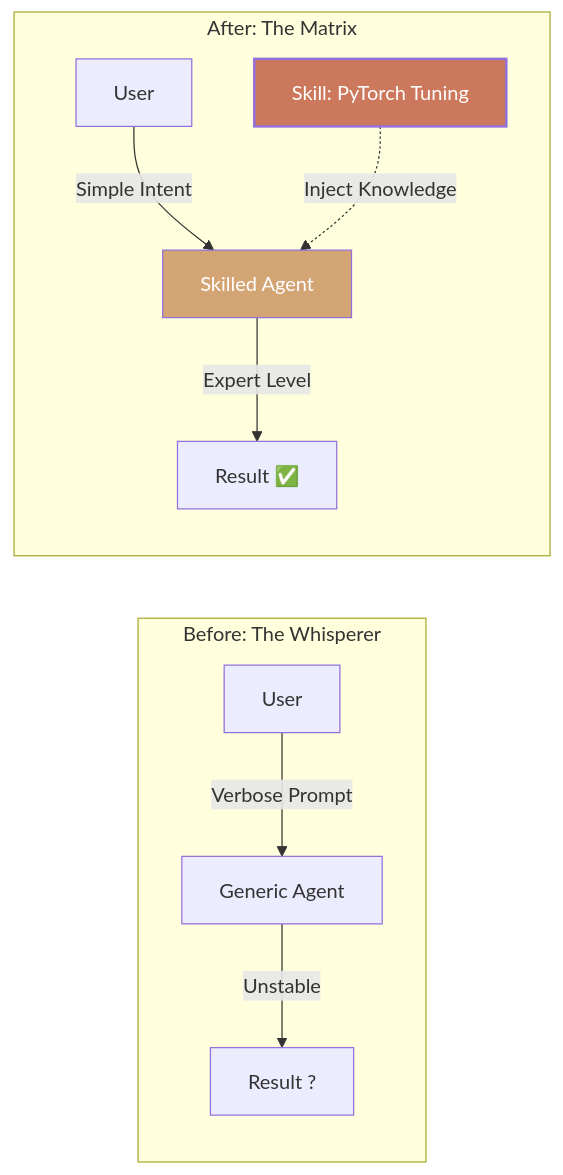
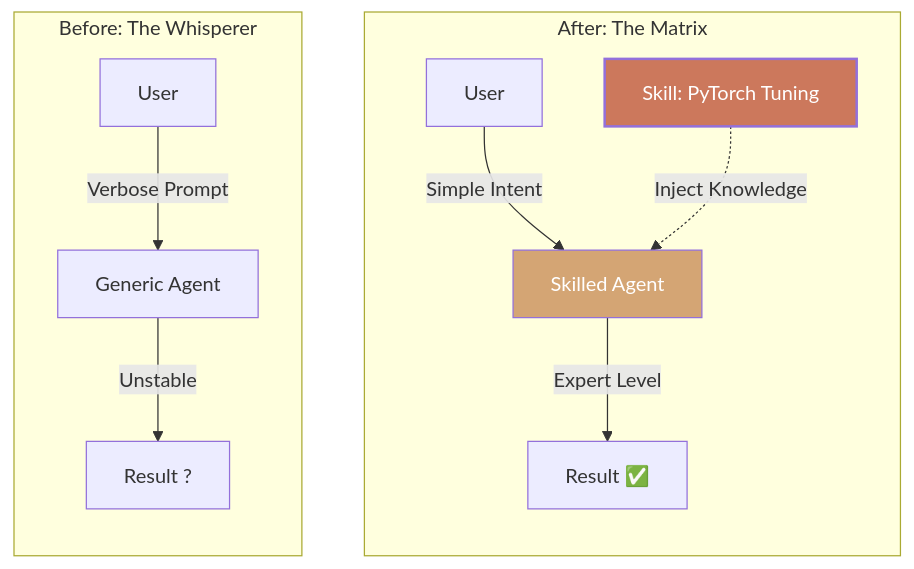
One commit to ThreeFish-AI/agentic-ai-cognizes changed diagram 11 of 14 in docs/research/020-agent-frameworks.md. Above: the diagram before and after it, drawn with Mermaid. The commit also changed other lines of this file, not shown here.

First line of the commit message:
docs(Agent Frameworks): 深度重构 Agent Skills 章节的认知表达

````diff
--- a/docs/research/020-agent-frameworks.md
+++ b/docs/research/020-agent-frameworks.md
@@ -999,17 +999,19 @@
 ```mermaid
-graph LR
-    subgraph "Before: The Whisperer"
-        U1[User] -->|Verbose Prompt| A1[Generic Agent]
-        A1 -->|Unstable| R1[Result ?]
-    end
-
+graph
     subgraph "After: The Matrix"
+        direction TB
         K[Skill: PyTorch Tuning]
         U2[User] -->|Simple Intent| A2[Skilled Agent]
         K -.->|Inject Knowledge| A2
         A2 -->|Expert Level| R2[Result ✅]
     end
 
+    subgraph "Before: The Whisperer"
+        direction TB
+        U1[User] -->|Verbose Prompt| A1[Generic Agent]
+        A1 -->|Unstable| R1[Result ?]
+    end
+
     style K fill:#cc785c,color:white,stroke-width:2px
     style A2 fill:#d4a574,color:white
 ```
````
